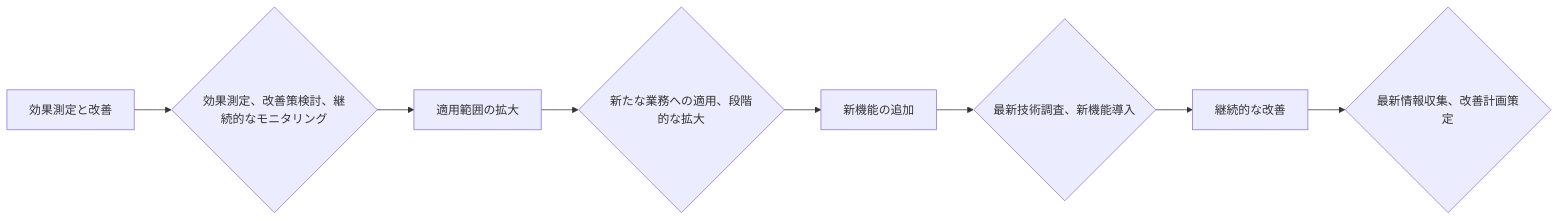
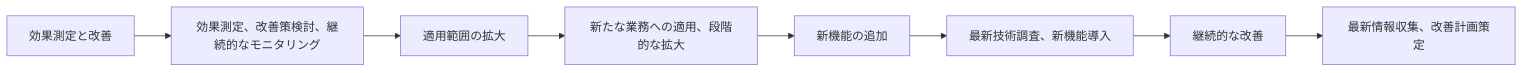
One commit to SparklingDetergent/doc_genai_How_to_evaluate_the_cost-effectiveness_of_using_generative_AI_for_business_purposes changed the ninth of 16 diagrams in README.md. Above: the diagram before and after it, drawn with Mermaid. The commit also changed other lines of this file, not shown here.

````diff
--- a/README.md
+++ b/README.md
@@ -313,10 +324,10 @@
 ```mermaid
 graph LR
-    A[効果測定と改善] --> B{効果測定、改善策検討、継続的なモニタリング}
+    A[効果測定と改善] --> B[効果測定、改善策検討、継続的なモニタリング]
     B --> C[適用範囲の拡大]
-    C --> D{新たな業務への適用、段階的な拡大}
+    C --> D[新たな業務への適用、段階的な拡大]
     D --> E[新機能の追加]
-    E --> F{最新技術調査、新機能導入}
+    E --> F[最新技術調査、新機能導入]
     F --> G[継続的な改善]
-    G --> H{最新情報収集、改善計画策定}
+    G --> H[最新情報収集、改善計画策定]
 ```
````
